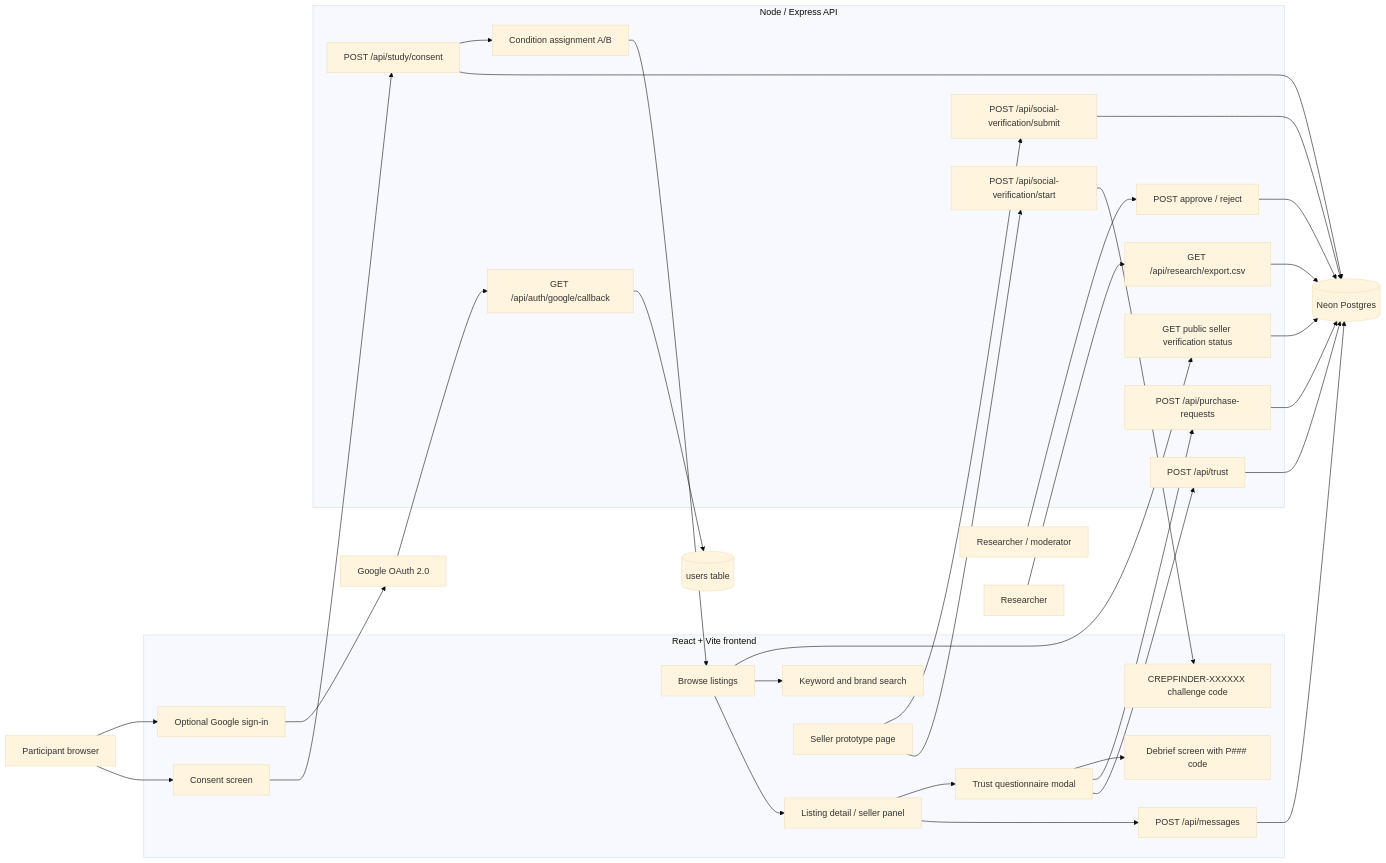
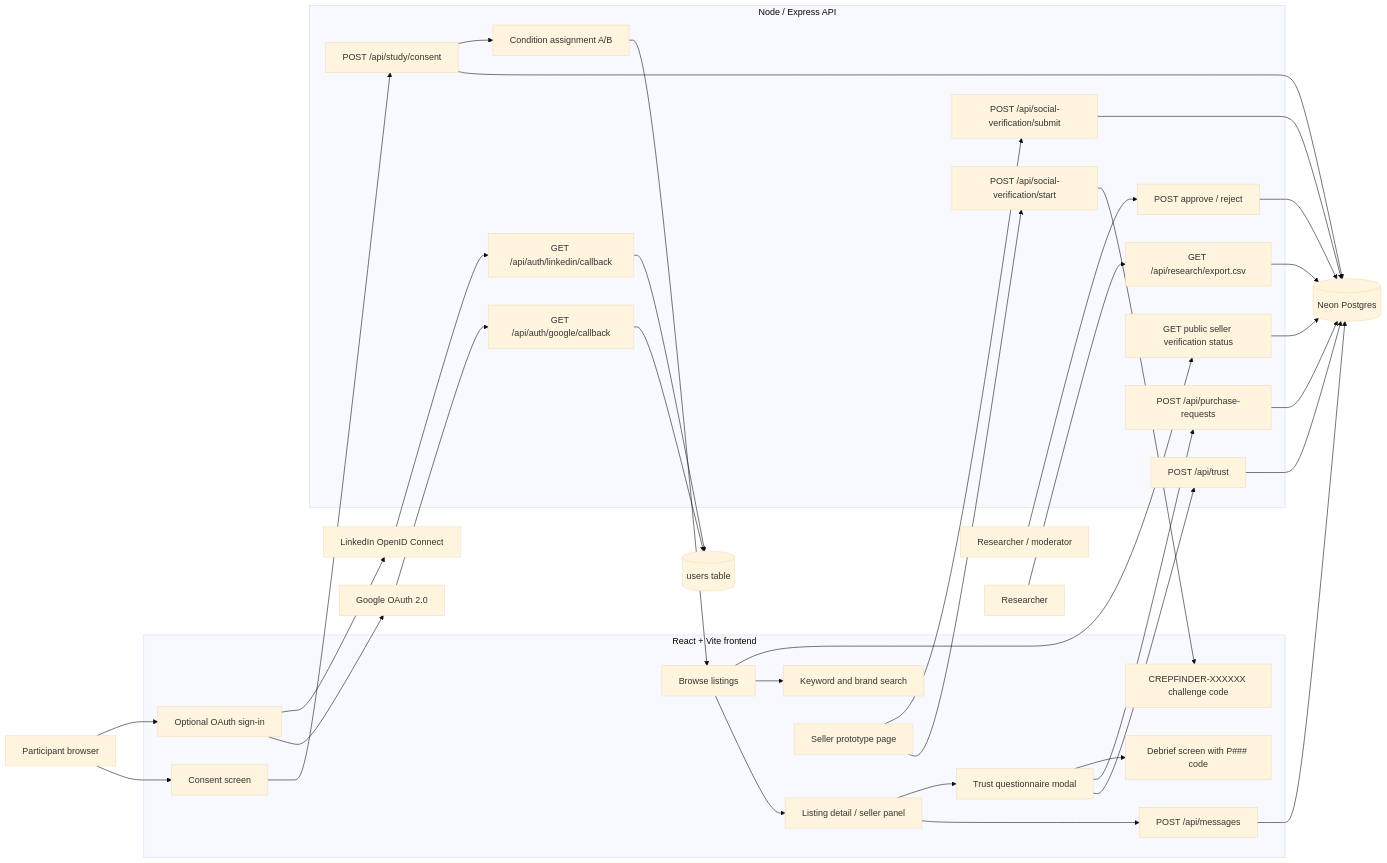
One commit to toksadekoya/crepfinder changed the diagram in docs/architecture.md. Above: the diagram before and after it, drawn with Mermaid (base theme). The commit also changed other lines of this file and 12 other files, not shown here.

Commit message:
feat(auth): add LinkedIn OAuth account anchoring

````diff
--- a/docs/architecture.md
+++ b/docs/architecture.md
@@ -3,59 +3,63 @@
 ```mermaid
 flowchart LR
   P["Participant browser"] --> C["Consent screen"]
-  P --> OAuthStart["Optional Google sign-in"]
+  P --> OAuthStart["Optional OAuth sign-in"]
   OAuthStart --> Google["Google OAuth 2.0"]
+  OAuthStart --> LinkedIn["LinkedIn OpenID Connect"]
   Google --> OAuthCallback["GET /api/auth/google/callback"]
+  LinkedIn --> LinkedInCallback["GET /api/auth/linkedin/callback"]
   OAuthCallback --> U[("users table")]
+  LinkedInCallback --> U
   C --> S["POST /api/study/consent"]
   S --> PG[("Neon Postgres")]
   S --> A["Condition assignment A/B"]
   A --> B["Browse listings"]
   B --> D["Listing detail / seller panel"]
   B --> Search["Keyword and brand search"]
   D --> Msg["POST /api/messages"]
   D --> T["Trust questionnaire modal"]
   T --> Q["POST /api/trust"]
   T --> PR["POST /api/purchase-requests"]
   Q --> PG
   PR --> PG
   Msg --> PG
   T --> R["Debrief screen with P### code"]
   Seller["Seller prototype page"] --> SVS["POST /api/social-verification/start"]
   SVS --> Code["CREPFINDER-XXXXXX challenge code"]
   Seller --> SVU["POST /api/social-verification/submit"]
   SVU --> PG
   Moderator["Researcher / moderator"] --> SVA["POST approve / reject"]
   SVA --> PG
   B --> SVG["GET public seller verification status"]
   SVG --> PG
 
   subgraph Frontend["React + Vite frontend"]
     C
     OAuthStart
     B
     Search
     D
     Msg
     T
     R
     Seller
     Code
   end
 
   subgraph Backend["Node / Express API"]
     S
     OAuthCallback
+    LinkedInCallback
     A
     Q
     PR
     E["GET /api/research/export.csv"]
     SVS
     SVU
     SVA
     SVG
   end
 
   E --> PG
   Researcher["Researcher"] --> E
 ```
````
